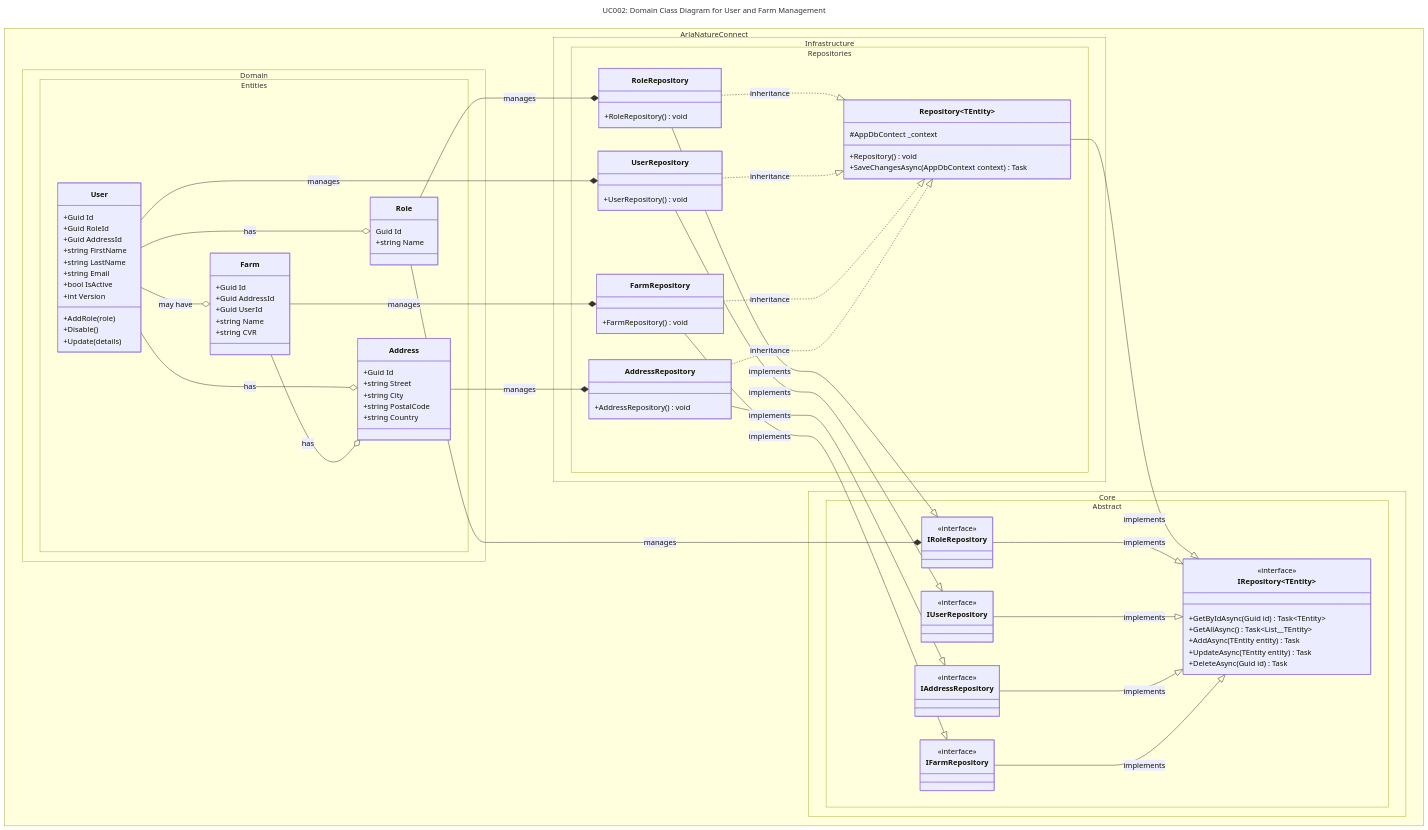
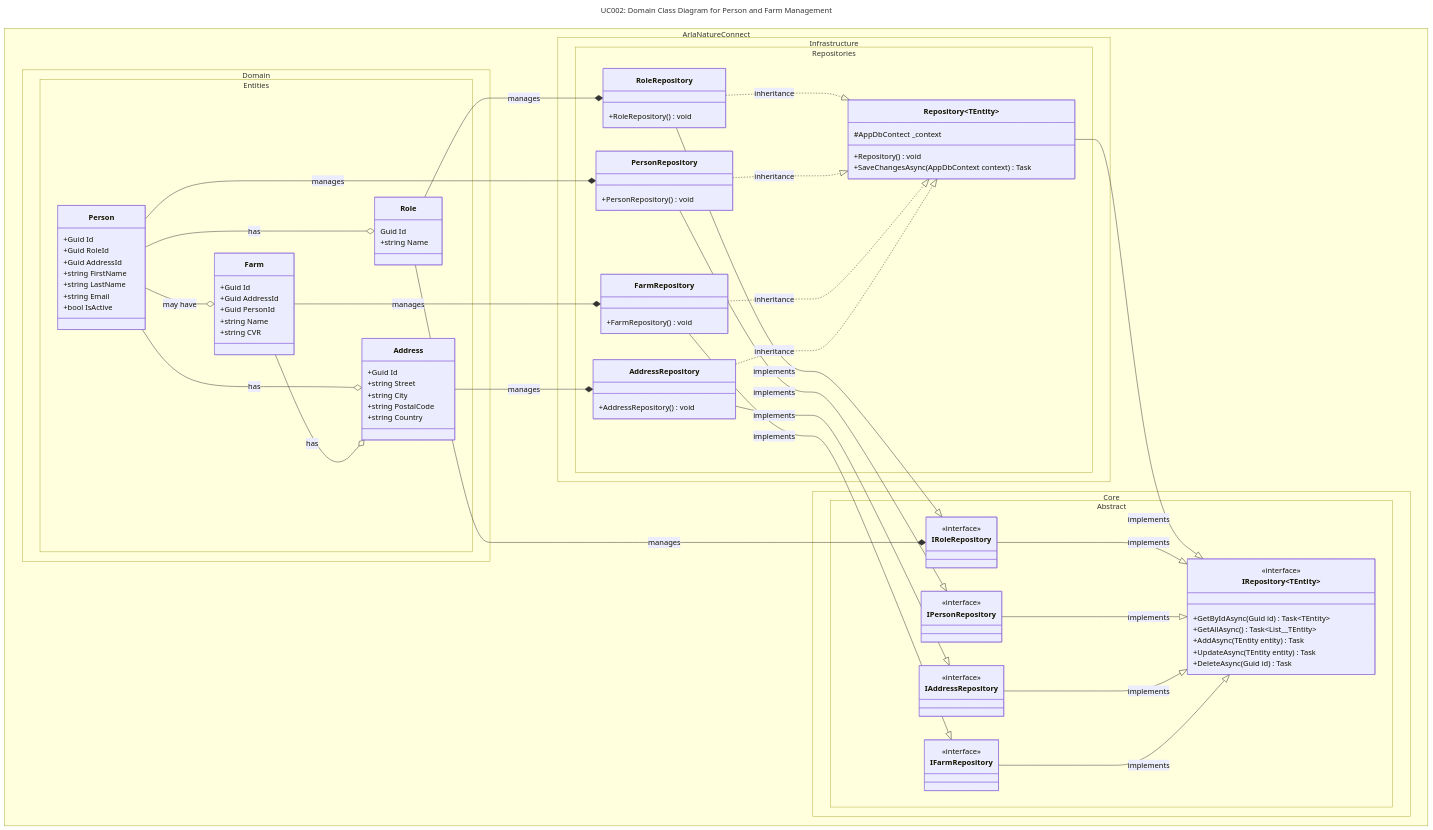
The diagram in docs/UseCase002-AdministrateFarmsAndUsers/UC002-DCD.mmd (DMOoF25-TEAM11/ArlaNatureConnect), drawn with Mermaid before and after one commit. The commit also changed 25 other files, not shown here.

```diff
--- a/docs/UseCase002-AdministrateFarmsAndUsers/UC002-DCD.mmd
+++ b/docs/UseCase002-AdministrateFarmsAndUsers/UC002-DCD.mmd
@@ -1,128 +1,124 @@
 ---
-title: "UC002: Domain Class Diagram for User and Farm Management"
+title: "UC002: Domain Class Diagram for Person and Farm Management"
 crossreferencer: UC002-DomainModel.mmd, UC002-SSD.mmd
 ---
 classDiagram
     direction TB
 
     namespace ArlaNatureConnect.Domain.Entities {
-        class User {
+        class Person {
             +Guid Id
             +Guid RoleId
             +Guid AddressId
             +string FirstName
             +string LastName
             +string Email
             +bool IsActive
-            +int Version
-            +AddRole(role)
-            +Disable()
-            +Update(details)
         }
 
         class Role {
             Guid Id
             +string Name
         }
 
         class Farm {
             +Guid Id
             +Guid AddressId
-            +Guid UserId
+            +Guid PersonId
             +string Name
             +string CVR
         }
 
         class Address {
             +Guid Id
             +string Street
             +string City
             +string PostalCode
             +string Country
         }
     }
 
     namespace ArlaNatureConnect.Core.Abstract {
         %% Repositories
 
         class IRepository~TEntity~ {
             <<interface>>
             +GetByIdAsync(Guid id) Task~TEntity~
             +GetAllAsync() Task~List__TEntity~
             +AddAsync(TEntity entity) Task
             +UpdateAsync(TEntity entity) Task
             +DeleteAsync(Guid id) Task
         }
 
         class IRoleRepository {
             <<interface>>
         }
 
-        class IUserRepository {
+        class IPersonRepository {
             <<interface>>
         }
 
         class IAddressRepository {
             <<interface>>
         }
 
         class IFarmRepository {
             <<interface>>
         }
     }
 
     namespace ArlaNatureConnect.Infrastructure.Repositories {
         class Repository~TEntity~ {
             #AppDbContect _context
             +Repository() void
             +SaveChangesAsync(AppDbContext context) Task
         }
 
         class RoleRepository {
             +RoleRepository() void
         }
 
-        class UserRepository {
-            +UserRepository() void
+        class PersonRepository {
+            +PersonRepository() void
         }
 
         class AddressRepository {
             +AddressRepository() void
         }
 
         class FarmRepository {
             +FarmRepository() void
         }
     }
 
     %% Associations
     Role --* RoleRepository : manages
-    User --* UserRepository : manages
+    Person --* PersonRepository : manages
     Farm --* FarmRepository : manages
     Address --* AddressRepository : manages
     Role --* IRoleRepository : manages
 
     %% Composition
-    User --o Role : has
-    User --o Address : has
-    User --o Farm : may have
+    Person --o Role : has
+    Person --o Address : has
+    Person --o Farm : may have
     Farm --o Address : has
 
     %% Inheritance and Implementation
     Repository --|> IRepository : implements
     RoleRepository --|> IRoleRepository : implements
-    UserRepository --|> IUserRepository : implements
+    PersonRepository --|> IPersonRepository : implements
     AddressRepository --|> IAddressRepository : implements
     FarmRepository --|> IFarmRepository : implements
 
     IRoleRepository --|> IRepository : implements
-    IUserRepository --|> IRepository : implements
+    IPersonRepository --|> IRepository : implements
     IAddressRepository --|> IRepository : implements
     IFarmRepository --|> IRepository : implements
 
     RoleRepository ..|> Repository : inheritance
-    UserRepository ..|> Repository : inheritance
+    PersonRepository ..|> Repository : inheritance
     FarmRepository ..|> Repository : inheritance
     AddressRepository ..|> Repository  : inheritance
 
-    %% note right of ArlaNatureConnect.Core.IUserService: Service enforces authorization, validation and mapping
+    %% note right of ArlaNatureConnect.Core.IPersonService: Service enforces authorization, validation and mapping
```
